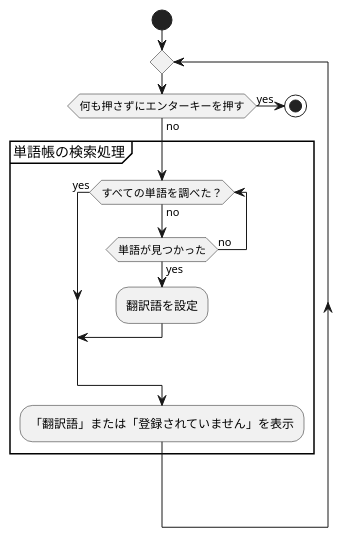
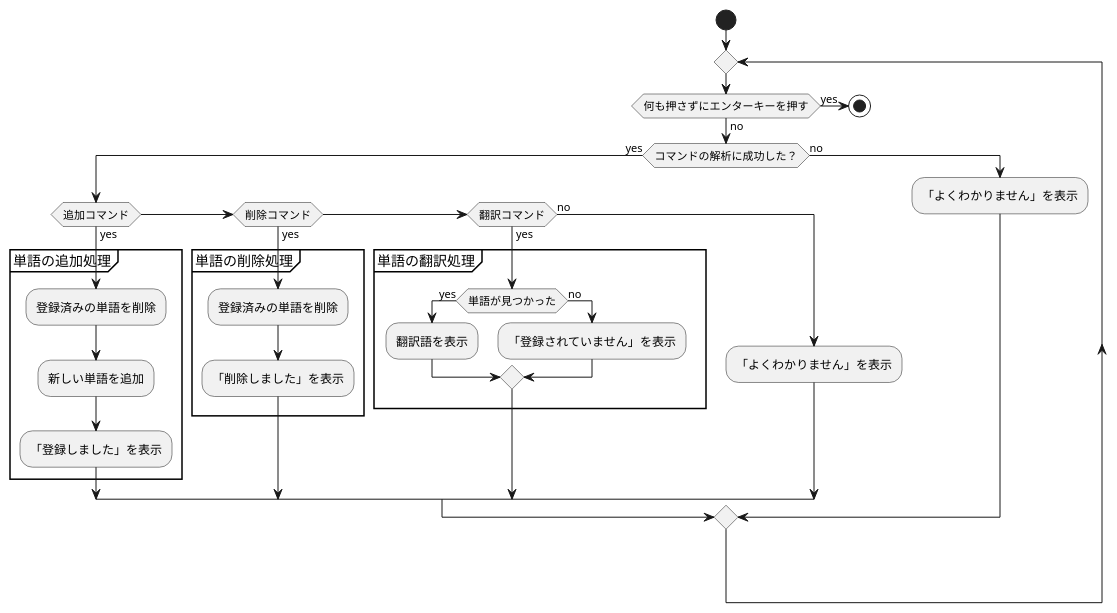
The diagram in vocabulary-book/documents/chapter2-2.adoc (raindrop-aqua/learn-java), drawn with PlantUML before and after one commit. The commit also changed other lines of this file and 9 other files, not shown here.

```diff
--- a/vocabulary-book/documents/chapter2-2.adoc
+++ b/vocabulary-book/documents/chapter2-2.adoc
@@ -55,22 +74,38 @@
 [plantuml]
 ----
 @startuml
 start
 repeat
     if (何も押さずにエンターキーを押す) then (yes)
         stop
     else (no)
-        partition 単語帳の検索処理 {
-            while (すべての単語を調べた？) is (no)
-                if (単語が見つかった) then (yes)
-                    :翻訳語を設定;
-                    break
-                else (no)
-                endif
-            end while(yes)
-            :「翻訳語」または「登録されていません」を表示;
-        }
+        if (コマンドの解析に成功した？) then (yes)
+            if (追加コマンド) then (yes)
+                partition 単語の追加処理 {
+                    :登録済みの単語を削除;
+                    :新しい単語を追加;
+                    :「登録しました」を表示;
+                }
+            else if (削除コマンド) then (yes)
+                partition 単語の削除処理 {
+                    :登録済みの単語を削除;
+                    :「削除しました」を表示;
+                }
+            else if (翻訳コマンド) then (yes)
+                partition 単語の翻訳処理 {
+                        if (単語が見つかった) then (yes)
+                            :翻訳語を表示;
+                        else (no)
+                            :「登録されていません」を表示;
+                        endif
+                }
+            else (no)
+                :「よくわかりません」を表示;
+            endif
+        else (no)
+            :「よくわかりません」を表示;
+        endif
     endif
 repeatwhile
 @enduml
 ----
```
